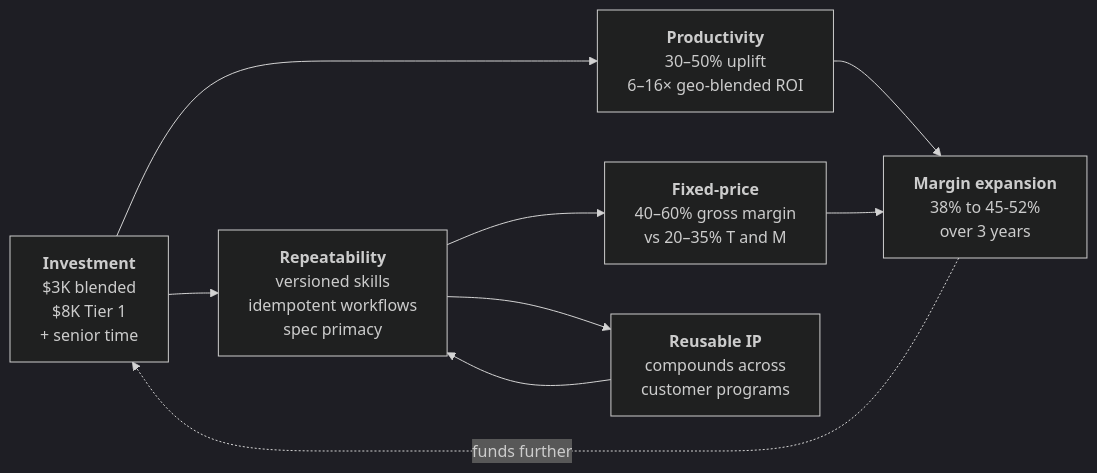
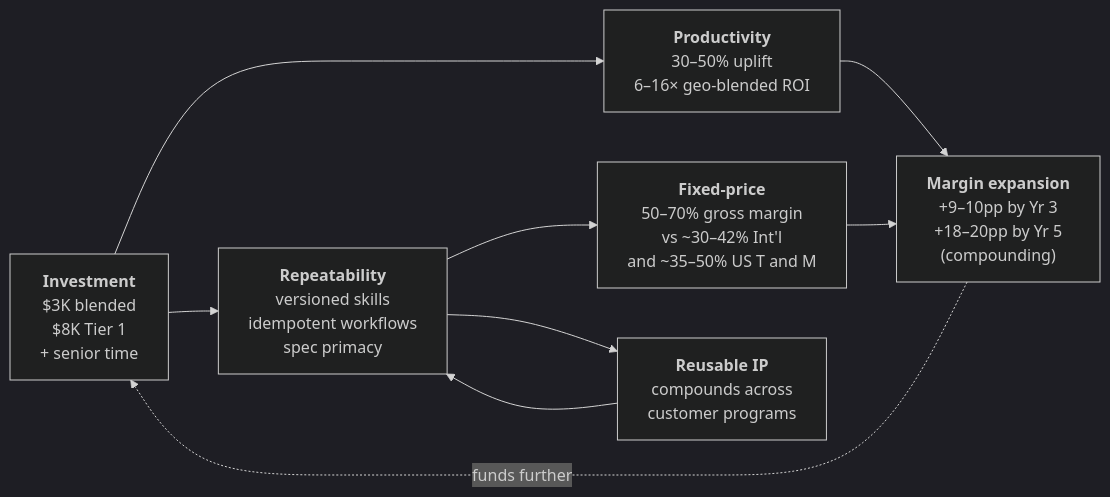
Before and after one commit to issamjadar-eng/PDLC_DEMO: the second of 2 diagrams in agentic-delivery-whitepaper.md, drawn with Mermaid (dark theme). The commit also changed other lines of this file and 2 other files, not shown here.

First line of the commit message:
task ben/034: six refinements — T&M numbers, Conductor diagram, soften language, strip provenance, compounding curve, assumptions

````diff
--- a/agentic-delivery-whitepaper.md
+++ b/agentic-delivery-whitepaper.md
@@ -525,18 +541,18 @@
 ```mermaid
 flowchart LR
     INV["<b>Investment</b><br/>$3K blended<br/>$8K Tier 1<br/>+ senior time"]
     PROD["<b>Productivity</b><br/>30–50% uplift<br/>6–16× geo-blended ROI"]
     REPEAT["<b>Repeatability</b><br/>versioned skills<br/>idempotent workflows<br/>spec primacy"]
-    FIXED["<b>Fixed-price</b><br/>40–60% gross margin<br/>vs 20–35% T and M"]
+    FIXED["<b>Fixed-price</b><br/>50–70% gross margin<br/>vs ~30–42% Int'l<br/>and ~35–50% US T and M"]
     IP["<b>Reusable IP</b><br/>compounds across<br/>customer programs"]
-    MARGIN["<b>Margin expansion</b><br/>38% to 45-52%<br/>over 3 years"]
+    MARGIN["<b>Margin expansion</b><br/>+9–10pp by Yr 3<br/>+18–20pp by Yr 5<br/>(compounding)"]
 
     INV --> PROD
     INV --> REPEAT
     PROD --> MARGIN
     REPEAT --> FIXED
     REPEAT --> IP
     FIXED --> MARGIN
     IP --> REPEAT
     MARGIN -.->|funds further| INV
 ```
````
